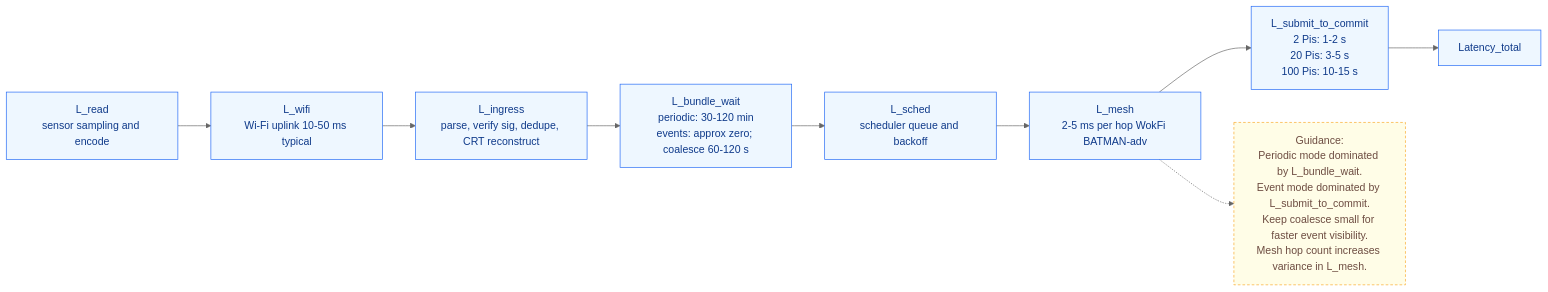
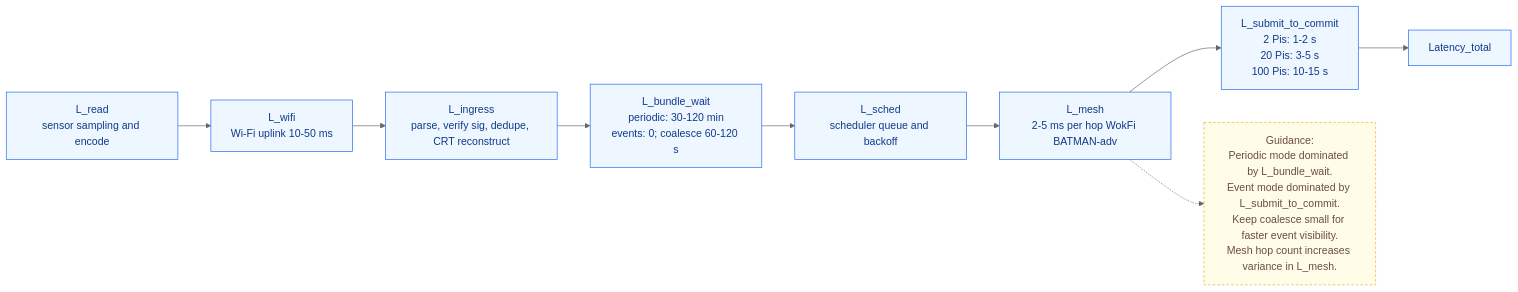
Before and after one commit to forchag/hyperledger: the second of 3 diagrams in mermaid diagram/fod.md, drawn with Mermaid (neutral theme). The commit also changed other lines of this file, not shown here.

`````diff
--- a/mermaid diagram/fod.md
+++ b/mermaid diagram/fod.md
@@ -45,19 +44,19 @@
 ```mermaid
 flowchart LR
     classDef box fill:#eef7ff,stroke:#1E66F5,color:#0f3a8a;
     classDef note fill:#fffde7,stroke:#f9a825,color:#6d4c41,stroke-dasharray:4 3;
 
     L_read[L_read\nsensor sampling and encode]:::box
-    L_wifi[L_wifi\nWi-Fi uplink 10-50 ms typical]:::box
+    L_wifi[L_wifi\nWi-Fi uplink 10-50 ms]:::box
     L_ingress[L_ingress\nparse, verify sig, dedupe, CRT reconstruct]:::box
-    L_bundle[L_bundle_wait\nperiodic: 30-120 min\nevents: approx zero; coalesce 60-120 s]:::box
+    L_bundle[L_bundle_wait\nperiodic: 30-120 min\nevents: 0; coalesce 60-120 s]:::box
     L_sched[L_sched\nscheduler queue and backoff]:::box
     L_mesh[L_mesh\n2-5 ms per hop WokFi BATMAN-adv]:::box
     L_sc[L_submit_to_commit\n2 Pis: 1-2 s\n20 Pis: 3-5 s\n100 Pis: 10-15 s]:::box
     L_total[Latency_total]:::box
 
     L_read --> L_wifi --> L_ingress --> L_bundle --> L_sched --> L_mesh --> L_sc --> L_total
 
     N["Guidance:\nPeriodic mode dominated by L_bundle_wait.\nEvent mode dominated by L_submit_to_commit.\nKeep coalesce small for faster event visibility.\nMesh hop count increases variance in L_mesh."]:::note
     L_mesh -.-> N
-````
+```
`````
